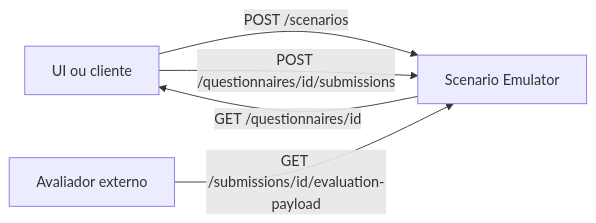
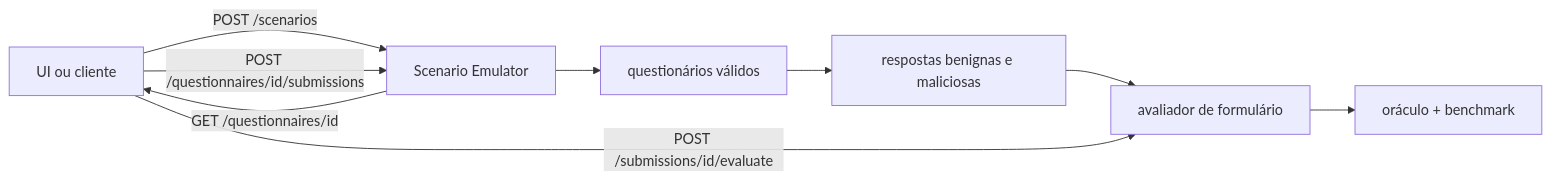
Before and after one commit to PDC-PDAI/scenario-emulator: the second of 2 diagrams in README.md, drawn with Mermaid. The commit also changed other lines of this file and 6 other files, not shown here.

````diff
--- a/README.md
+++ b/README.md
@@ -108,7 +118,11 @@
 ```mermaid
 flowchart LR
     UI[UI ou cliente] -->|POST /scenarios| S[Scenario Emulator]
+    S --> G[questionários válidos]
+    G --> R[respostas benignas e maliciosas]
+    R --> E[avaliador de formulário]
+    E --> B[oráculo + benchmark]
     S -->|GET /questionnaires/id| UI
     UI -->|POST /questionnaires/id/submissions| S
-    E[Avaliador externo] -->|GET /submissions/id/evaluation-payload| S
+    UI -->|POST /submissions/id/evaluate| E
 ```
````
